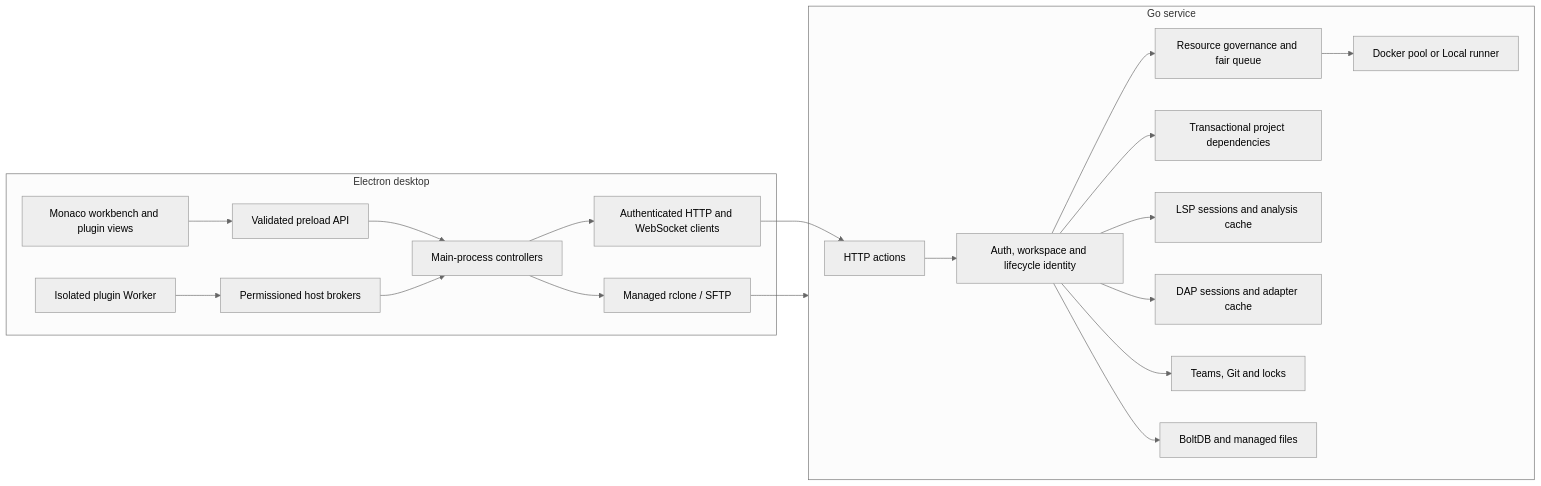
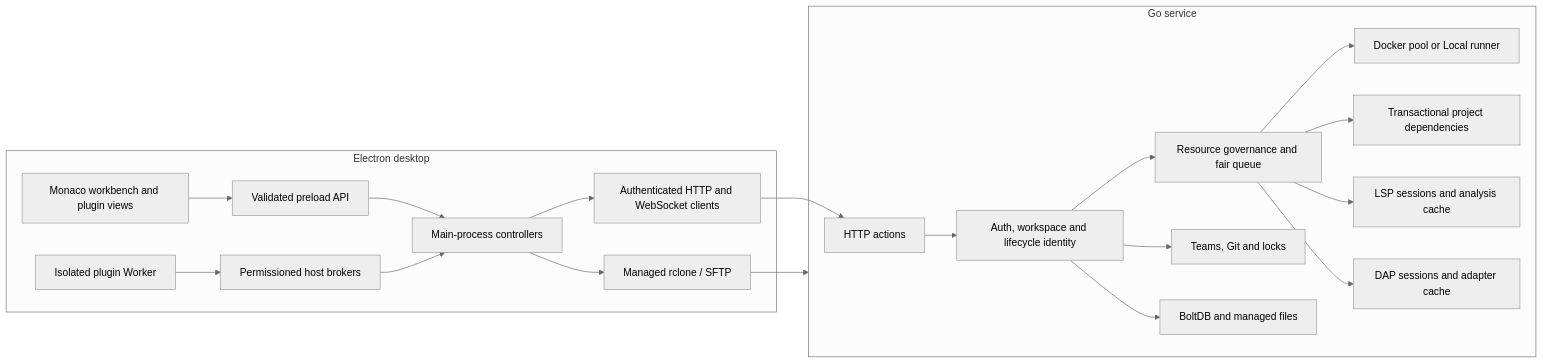
One commit to NemophilistJohn/BOBOcloud-A-cloud-based-remote-compilation-platform changed the second of 2 diagrams in README.md. Above: the diagram before and after it, drawn with Mermaid (neutral theme). The commit also changed other lines of this file and 35 other files, not shown here.

````diff
--- a/README.md
+++ b/README.md
@@ -302,21 +395,21 @@
 ```mermaid
 flowchart LR
   subgraph Desktop["Electron desktop"]
     UI["Monaco workbench and plugin views"] --> Bridge["Validated preload API"] --> Main["Main-process controllers"]
     Main --> Sync["Managed rclone / SFTP"]
     Main --> Transport["Authenticated HTTP and WebSocket clients"]
     Worker["Isolated plugin Worker"] --> Broker["Permissioned host brokers"] --> Main
   end
   subgraph Service["Go service"]
     API["HTTP actions"] --> Identity["Auth, workspace and lifecycle identity"]
     Identity --> Admission["Resource governance and fair queue"]
     Admission --> Runtime["Docker pool or Local runner"]
-    Identity --> Dependencies["Transactional project dependencies"]
-    Identity --> LSP["LSP sessions and analysis cache"]
-    Identity --> DAP["DAP sessions and adapter cache"]
+    Admission --> Dependencies["Transactional project dependencies"]
+    Admission --> LSP["LSP sessions and analysis cache"]
+    Admission --> DAP["DAP sessions and adapter cache"]
     Identity --> Team["Teams, Git and locks"]
     Identity --> Data["BoltDB and managed files"]
   end
   Sync --> Service
   Transport --> API
 ```
````
